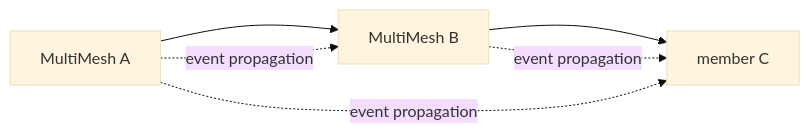
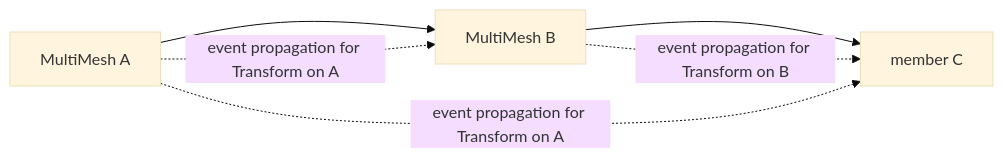
One commit to ramate-io/maybraid changed the second of 2 diagrams in rfc/rfc-000-00n-bevy-multi-mesh/README.md. Above: the diagram before and after it, drawn with Mermaid (base theme).

Commit message:
chore: clarify examples.

````diff
--- a/rfc/rfc-000-00n-bevy-multi-mesh/README.md
+++ b/rfc/rfc-000-00n-bevy-multi-mesh/README.md
@@ -226,11 +226,11 @@
 ```mermaid
 flowchart LR
     R[MultiMesh A]
     M[MultiMesh B]
     P[member C]
     R --> M
     M --> P
-    R -.->|event propagation| M
-    R -.->|event propagation| P
-    M -.->|event propagation| P
+    R -.->|event propagation for Transform on A| M
+    R -.->|event propagation for Transform on A| P
+    M -.->|event propagation for Transform on B| P
 ```
````
